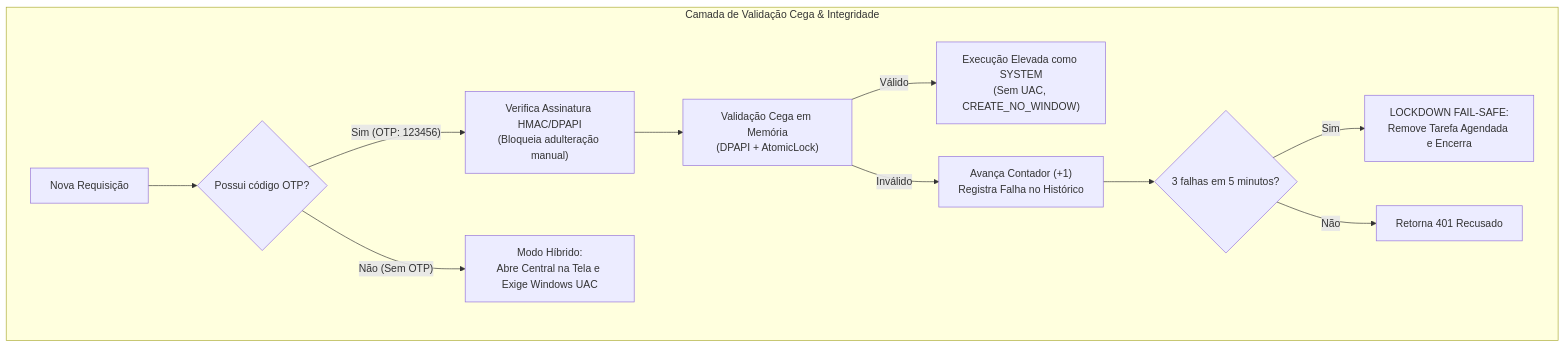
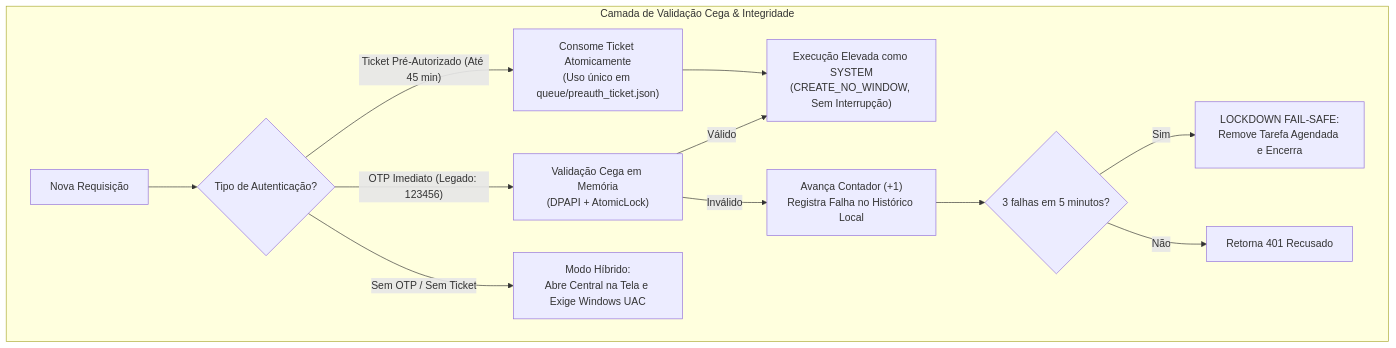
Before and after one commit to egurken/admin-bridge: the diagram in README.md, drawn with Mermaid. The commit also changed other lines of this file and 6 other files, not shown here.

````diff
--- a/README.md
+++ b/README.md
@@ -42,14 +42,15 @@
 ```mermaid
 flowchart TD
     subgraph "Camada de Validação Cega & Integridade"
-        Req["Nova Requisição"] --> Check{"Possui código OTP?"}
-        Check -- "Sim (OTP: 123456)" --> Integrity["Verifica Assinatura HMAC/DPAPI<br/>(Bloqueia adulteração manual)"]
-        Integrity --> Blind["Validação Cega em Memória<br/>(DPAPI + AtomicLock)"]
-        Blind -- "Válido" --> AutoExec["Execução Elevada como SYSTEM<br/>(Sem UAC, CREATE_NO_WINDOW)"]
-        Blind -- "Inválido" --> IncFail["Avança Contador (+1)<br/>Registra Falha no Histórico"]
+        Req["Nova Requisição"] --> Check{"Tipo de Autenticação?"}
+        Check -- "Ticket Pré-Autorizado (Até 45 min)" --> ConsTicket["Consome Ticket Atomicamente<br/>(Uso único em queue/preauth_ticket.json)"]
+        ConsTicket --> AutoExec["Execução Elevada como SYSTEM<br/>(CREATE_NO_WINDOW, Sem Interrupção)"]
+        Check -- "OTP Imediato (Legado: 123456)" --> Blind["Validação Cega em Memória<br/>(DPAPI + AtomicLock)"]
+        Blind -- "Válido" --> AutoExec
+        Blind -- "Inválido" --> IncFail["Avança Contador (+1)<br/>Registra Falha no Histórico Local"]
         IncFail --> CheckFail{"3 falhas em 5 minutos?"}
         CheckFail -- "Sim" --> Lockdown["LOCKDOWN FAIL-SAFE:<br/>Remove Tarefa Agendada e Encerra"]
         CheckFail -- "Não" --> Deny["Retorna 401 Recusado"]
-        Check -- "Não (Sem OTP)" --> ManualUAC["Modo Híbrido:<br/>Abre Central na Tela e Exige Windows UAC"]
+        Check -- "Sem OTP / Sem Ticket" --> ManualUAC["Modo Híbrido:<br/>Abre Central na Tela e Exige Windows UAC"]
     end
 ```
````
